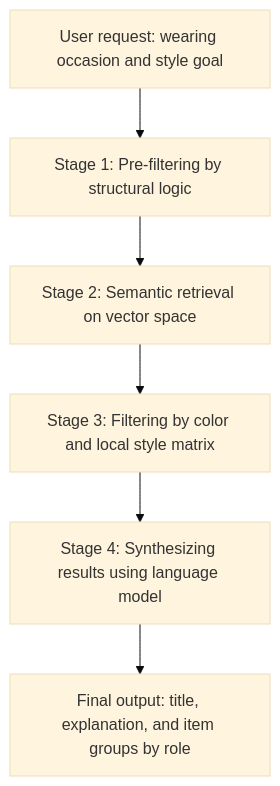
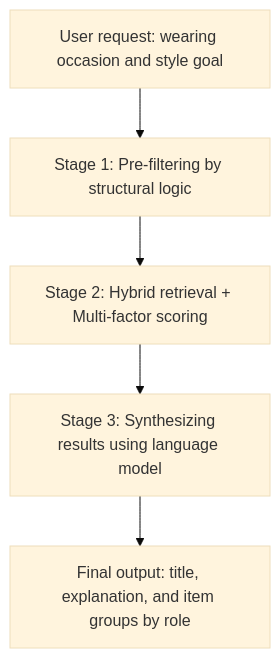
The diagram in docs/system-design/ai-pipeline.md (hycat-team/smart-wardrobe-be), drawn with Mermaid (base theme) before and after one commit. The commit also changed other lines of this file and 13 other files, not shown here.

Commit message:
docs: hld and ai rcm diagram

````diff
--- a/docs/system-design/ai-pipeline.md
+++ b/docs/system-design/ai-pipeline.md
@@ -37,9 +37,7 @@
 ```mermaid
 graph TD
     A[User request: wearing occasion and style goal] --> B[Stage 1: Pre-filtering by structural logic]
-    B --> C[Stage 2: Semantic retrieval on vector space]
-    C --> D[Stage 3: Filtering by color and local style matrix]
-    D --> E[Stage 4: Synthesizing results using language model]
-    E --> F[Final output: title, explanation, and item groups by role]
-
+    B --> C[Stage 2: Hybrid retrieval + Multi-factor scoring]
+    C --> D[Stage 3: Synthesizing results using language model]
+    D --> E[Final output: title, explanation, and item groups by role]
 ```
````
